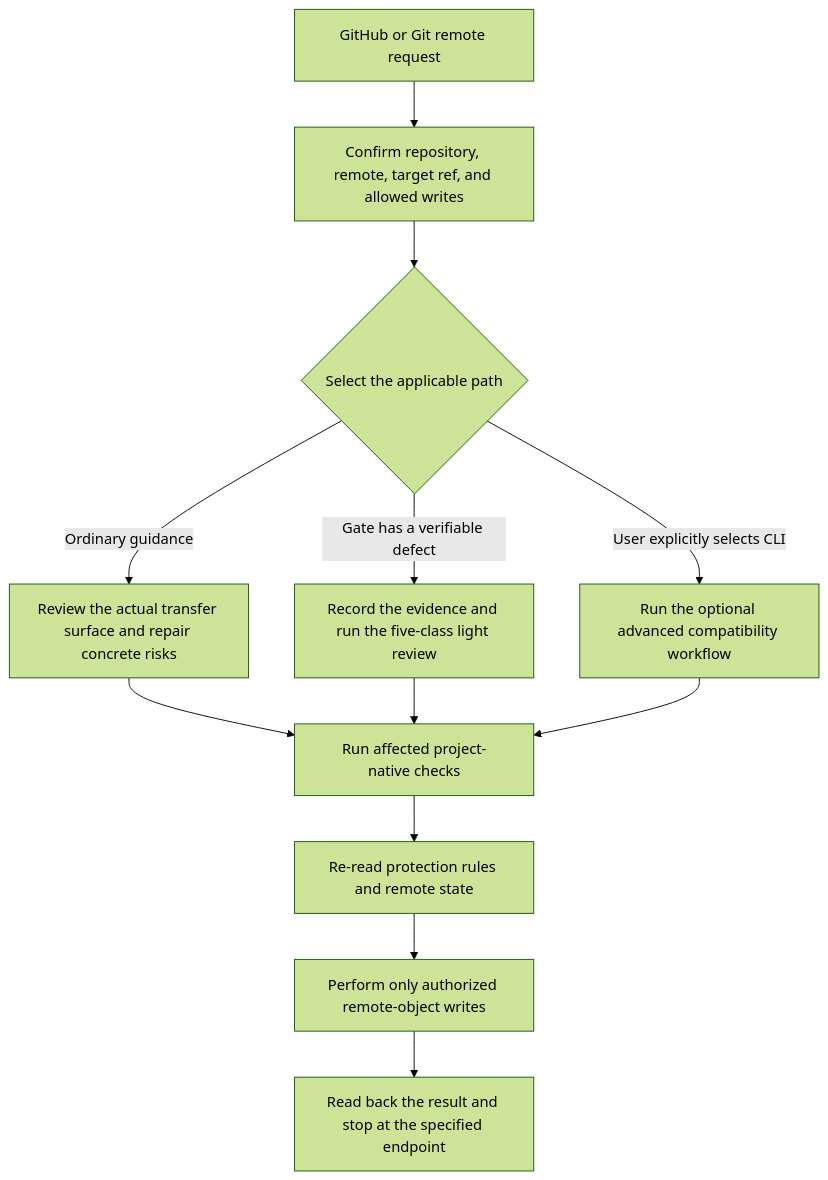
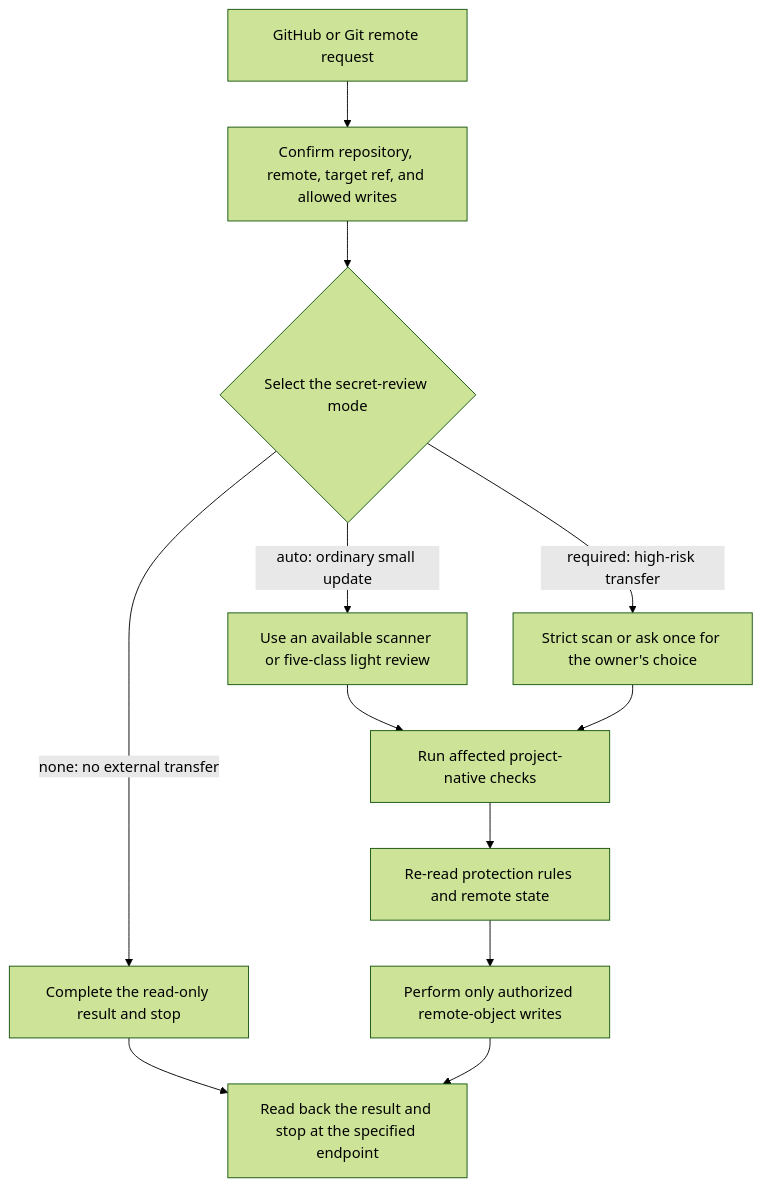
Before and after one commit to AIALRA-0/agent-github-safe-publish: the diagram in README.en.md, drawn with Mermaid (forest theme). The commit also changed other lines of this file and 26 other files, not shown here.

````diff
--- a/README.en.md
+++ b/README.en.md
@@ -24,14 +24,14 @@
 ```mermaid
 flowchart TD
     A[GitHub or Git remote request] --> B[Confirm repository, remote, target ref, and allowed writes]
-    B --> C{Select the applicable path}
-    C -->|Ordinary guidance| D[Review the actual transfer surface and repair concrete risks]
-    C -->|Gate has a verifiable defect| E[Record the evidence and run the five-class light review]
-    C -->|User explicitly selects CLI| F[Run the optional advanced compatibility workflow]
-    D --> G[Run affected project-native checks]
-    E --> G
+    B --> C{Select the secret-review mode}
+    C -->|none: no external transfer| D[Complete the read-only result and stop]
+    C -->|auto: ordinary small update| E[Use an available scanner or five-class light review]
+    C -->|required: high-risk transfer| F[Strict scan or ask once for the owner's choice]
+    D --> J[Read back the result and stop at the specified endpoint]
+    E --> G[Run affected project-native checks]
     F --> G
     G --> H[Re-read protection rules and remote state]
     H --> I[Perform only authorized remote-object writes]
-    I --> J[Read back the result and stop at the specified endpoint]
+    I --> J
 ```
````
